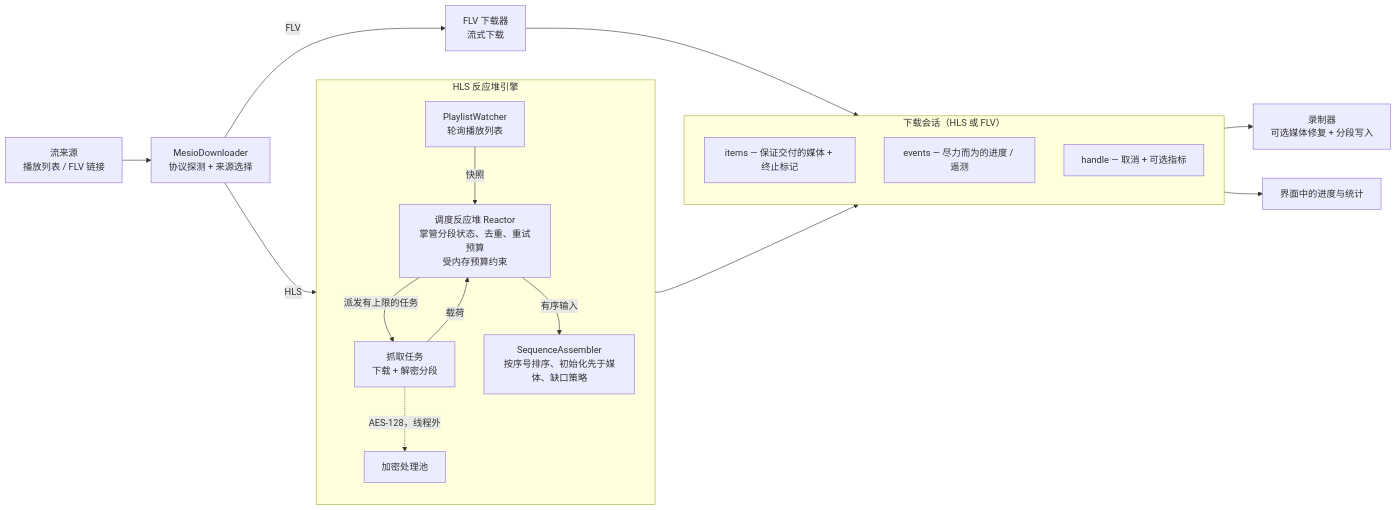
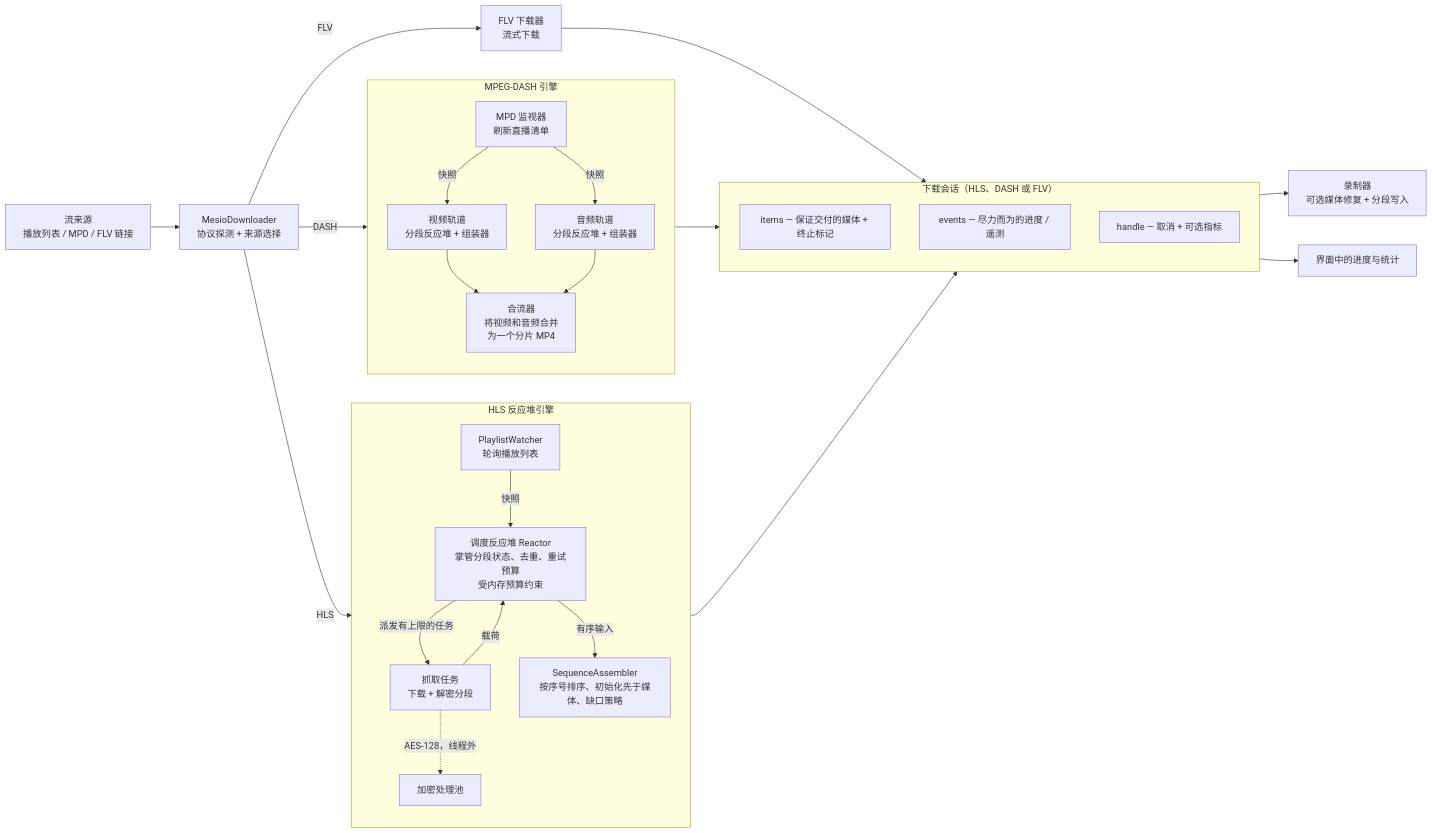
Before and after one commit to hua0512/rust-srec: the diagram in rust-srec/docs/zh/concepts/mesio.md, drawn with Mermaid. The commit also changed other lines of this file and 5 other files, not shown here.

First line of the commit message:
docs: document MPEG-DASH support

````diff
--- a/rust-srec/docs/zh/concepts/mesio.md
+++ b/rust-srec/docs/zh/concepts/mesio.md
@@ -9,28 +9,38 @@
 ```mermaid
 flowchart LR
-  SRC[流来源<br/>播放列表 / FLV 链接] --> MD[MesioDownloader<br/>协议探测 + 来源选择]
+  SRC[流来源<br/>播放列表 / MPD / FLV 链接] --> MD[MesioDownloader<br/>协议探测 + 来源选择]
   FLV[FLV 下载器<br/>流式下载]
 
   subgraph HLS["HLS 反应堆引擎"]
     direction TB
     PW[PlaylistWatcher<br/>轮询播放列表] -->|快照| RX[调度反应堆 Reactor<br/>掌管分段状态、去重、重试预算<br/>受内存预算约束]
     RX -->|派发有上限的任务| FT[抓取任务<br/>下载 + 解密分段]
     FT -. AES-128，线程外 .-> CR[加密处理池]
     FT -->|载荷| RX
     RX -->|有序输入| AS[SequenceAssembler<br/>按序号排序、初始化先于媒体、缺口策略]
   end
 
-  subgraph SESS["下载会话（HLS 或 FLV）"]
+  subgraph DASH["MPEG-DASH 引擎"]
+    direction TB
+    MW[MPD 监视器<br/>刷新直播清单] -->|快照| VT[视频轨道<br/>分段反应堆 + 组装器]
+    MW -->|快照| AT[音频轨道<br/>分段反应堆 + 组装器]
+    VT --> MX[合流器<br/>将视频和音频合并<br/>为一个分片 MP4]
+    AT --> MX
+  end
+
+  subgraph SESS["下载会话（HLS、DASH 或 FLV）"]
     direction TB
     ITEMS["items — 保证交付的媒体 + 终止标记"]
     EVENTS["events — 尽力而为的进度 / 遥测"]
     HANDLE["handle — 取消 + 可选指标"]
   end
 
   MD -->|HLS| PW
+  MD -->|DASH| MW
   MD -->|FLV| FLV
   AS --> SESS
+  MX --> SESS
   FLV --> SESS
   ITEMS --> REC[录制器<br/>可选媒体修复 + 分段写入]
   EVENTS --> UI[界面中的进度与统计]
 ```
````
